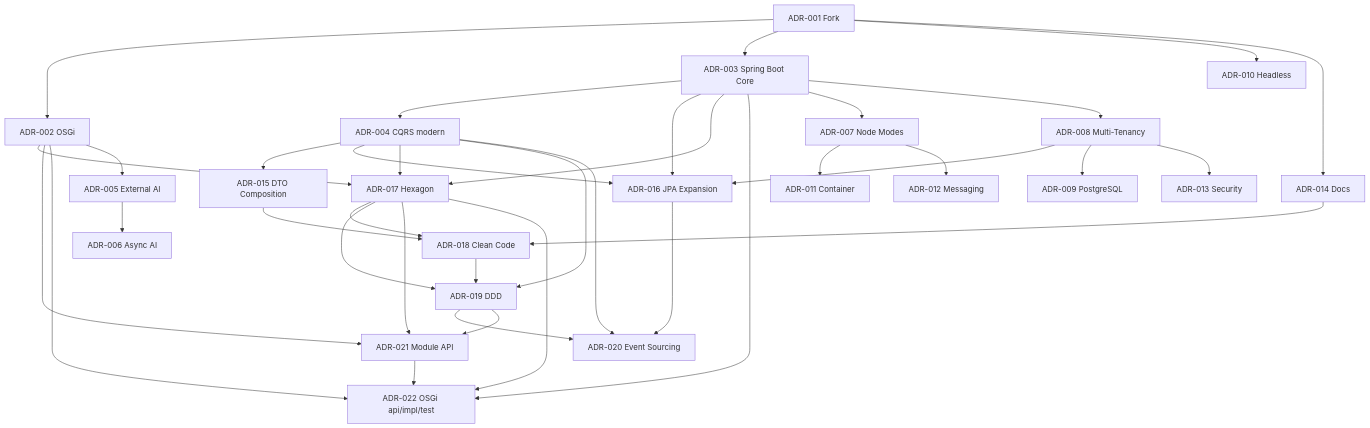
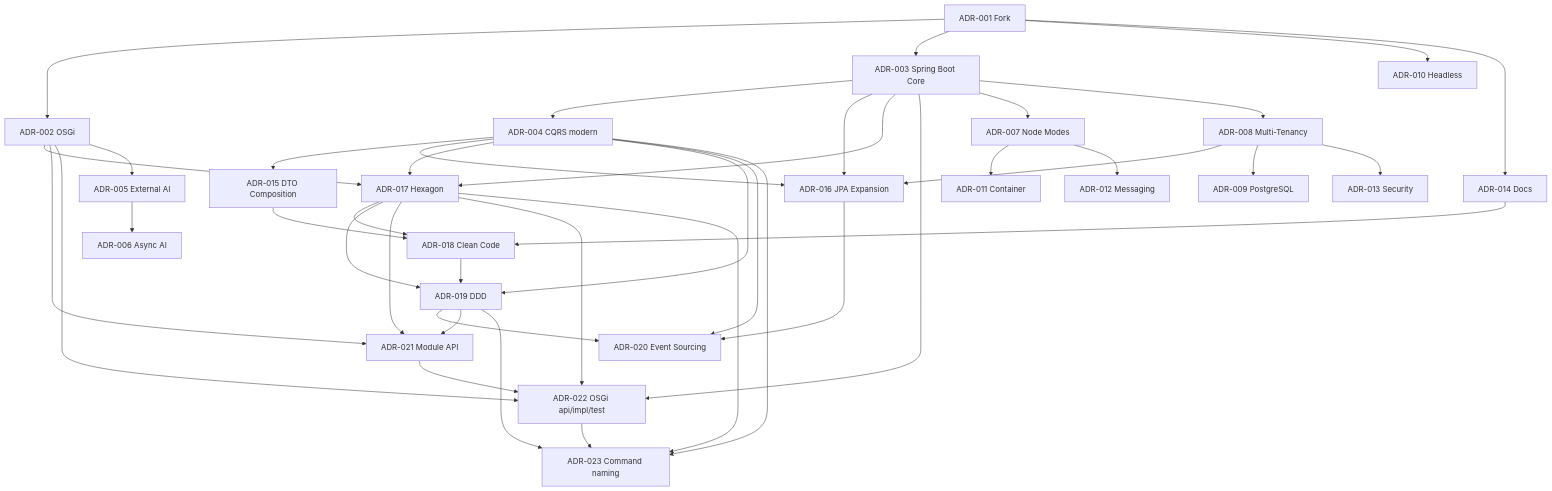
Before and after one commit to RainerMaxWallscheid/fineract-osgi: the diagram in docs/arc42/08_design_decisions.md, drawn with Mermaid. The commit also changed other lines of this file and 60 other files, not shown here.

First line of the commit message:
Rename command module to fineract-command and add ADR-023.

````diff
--- a/docs/arc42/08_design_decisions.md
+++ b/docs/arc42/08_design_decisions.md
@@ -49,39 +50,43 @@
 ```mermaid
 flowchart TB
     ADR001[ADR-001 Fork] --> ADR002[ADR-002 OSGi]
     ADR001 --> ADR003[ADR-003 Spring Boot Core]
     ADR003 --> ADR004[ADR-004 CQRS modern]
     ADR004 --> ADR015[ADR-015 DTO Composition]
     ADR003 --> ADR016[ADR-016 JPA Expansion]
     ADR004 --> ADR016
     ADR008 --> ADR016
     ADR003 --> ADR017[ADR-017 Hexagon]
     ADR002 --> ADR017
     ADR004 --> ADR017
     ADR017 --> ADR018[ADR-018 Clean Code]
     ADR015 --> ADR018
     ADR014 --> ADR018
     ADR004 --> ADR019[ADR-019 DDD]
     ADR017 --> ADR019
     ADR018 --> ADR019
     ADR004 --> ADR020[ADR-020 Event Sourcing]
     ADR016 --> ADR020
     ADR019 --> ADR020
     ADR017 --> ADR021[ADR-021 Module API]
     ADR019 --> ADR021
     ADR002 --> ADR021
     ADR002 --> ADR022[ADR-022 OSGi api/impl/test]
     ADR003 --> ADR022
     ADR021 --> ADR022
     ADR017 --> ADR022
+    ADR022 --> ADR023[ADR-023 Command naming]
+    ADR004 --> ADR023
+    ADR017 --> ADR023
+    ADR019 --> ADR023
     ADR002 --> ADR005[ADR-005 External AI]
     ADR005 --> ADR006[ADR-006 Async AI]
     ADR003 --> ADR007[ADR-007 Node Modes]
     ADR003 --> ADR008[ADR-008 Multi-Tenancy]
     ADR008 --> ADR009[ADR-009 PostgreSQL]
     ADR001 --> ADR010[ADR-010 Headless]
     ADR007 --> ADR011[ADR-011 Container]
     ADR007 --> ADR012[ADR-012 Messaging]
     ADR008 --> ADR013[ADR-013 Security]
     ADR001 --> ADR014[ADR-014 Docs]
 ```
````
